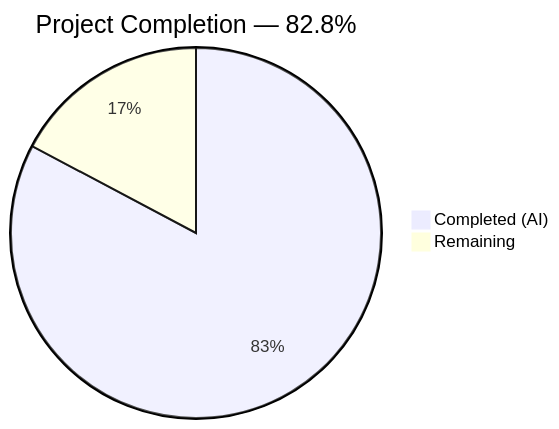
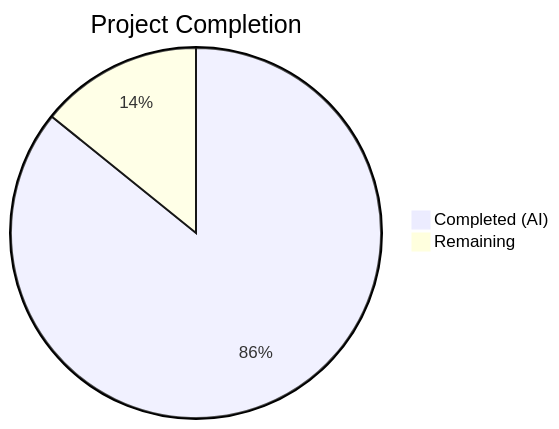
The first of 2 diagrams in blitzy/documentation/Project Guide.md (Blitzy-Sandbox/blitzy-cal), drawn with Mermaid before and after one commit. The commit also changed other lines of this file, not shown here.

Commit message:
Adding Blitzy Project Guide: Project Status and Human Tasks Remaining

````diff
--- a/blitzy/documentation/Project Guide.md
+++ b/blitzy/documentation/Project Guide.md
@@ -13,5 +13,5 @@
 ```mermaid
-pie title Project Completion — 82.8%
-    "Completed (AI)" : 144
-    "Remaining" : 30
+pie title Project Completion
+    "Completed (AI)" : 127
+    "Remaining" : 21
 ```
````
